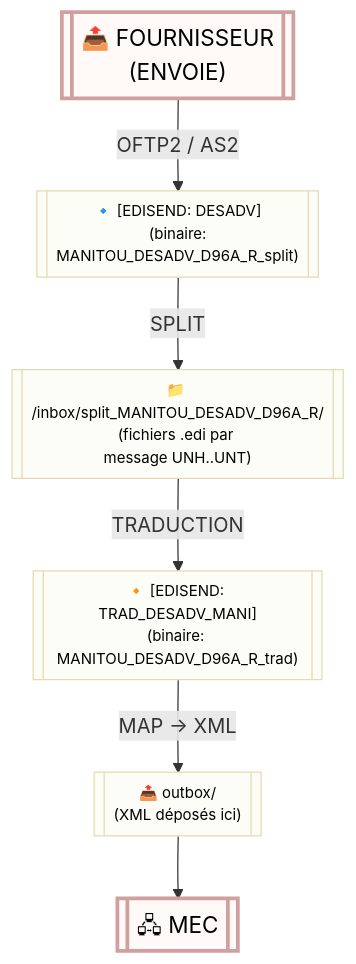
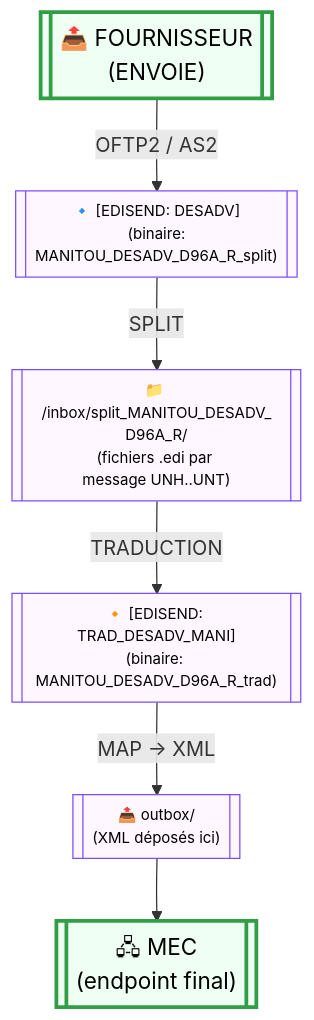
Before and after one commit to HMaPredell/visuel: the diagram in README.md, drawn with Mermaid.

````diff
--- a/README.md
+++ b/README.md
@@ -53,19 +53,20 @@
 ```mermaid
 flowchart TD
   %% Large blocks, vertical layout
-  classDef bigBlock fill:#fffaf8,stroke:#d0a0a0,stroke-width:3px,color:#000,font-size:18px;
-  classDef stepBlock fill:#fcfdf6,stroke:#e6d9b2,stroke-width:1px,color:#000,font-size:12px;
+  %% new palette + slightly larger fonts
+  classDef bigBlock fill:#f0fff4,stroke:#2f9e44,stroke-width:3px,color:#000,font-size:18px;
+  classDef stepBlock fill:#fff7ff,stroke:#7c4dff,stroke-width:1px,color:#000,font-size:12px;
 
-   FOURNISSEUR[["📤 FOURNISSEUR<br/>(ENVOIE)<br/>"]]:::bigBlock
-   EDISEND_SPLIT[["🔹 [EDISEND: DESADV]<br/>(binaire: <br/>MANITOU_DESADV_D96A_R_split)<br/>"]]:::stepBlock
-   SPLIT_DIR[["📁 /inbox/split_MANITOU_DESADV_D96A_R/<br/>(fichiers .edi par <br/>message UNH..UNT)"]]:::stepBlock
-   EDISEND_TRAD[["🔸 [EDISEND: TRAD_DESADV_MANI]<br/>(binaire: <br/>MANITOU_DESADV_D96A_R_trad)<br/>"]]:::stepBlock
-   OUTBOX[["📤 outbox/<br/>(XML déposés ici)"]]:::stepBlock
-   MEC[["🖧 MEC"]]:::bigBlock
+  FOURNISSEUR[["📤 FOURNISSEUR<br/>(ENVOIE)<br/>"]]:::bigBlock
+  EDISEND_SPLIT[["🔹 [EDISEND: DESADV]<br/>(binaire: <br/>MANITOU_DESADV_D96A_R_split)<br/>"]]:::stepBlock
+  SPLIT_DIR[["📁 /inbox/split_MANITOU_DESADV_<br/>D96A_R/<br/>(fichiers .edi par <br/>message UNH..UNT)"]]:::stepBlock
+  EDISEND_TRAD[["🔸 [EDISEND: TRAD_DESADV_MANI]<br/>(binaire: <br/>MANITOU_DESADV_D96A_R_trad)<br/>"]]:::stepBlock
+  OUTBOX[["📤 outbox/<br/>(XML déposés ici)"]]:::stepBlock
+  MEC[["🖧 MEC<br/>(endpoint final)"]]:::bigBlock
 
   FOURNISSEUR -->|OFTP2 / AS2| EDISEND_SPLIT
   EDISEND_SPLIT -->|SPLIT| SPLIT_DIR
   SPLIT_DIR -->|TRADUCTION| EDISEND_TRAD
   EDISEND_TRAD -->|MAP → XML| OUTBOX
   OUTBOX --> MEC
 ```
````
